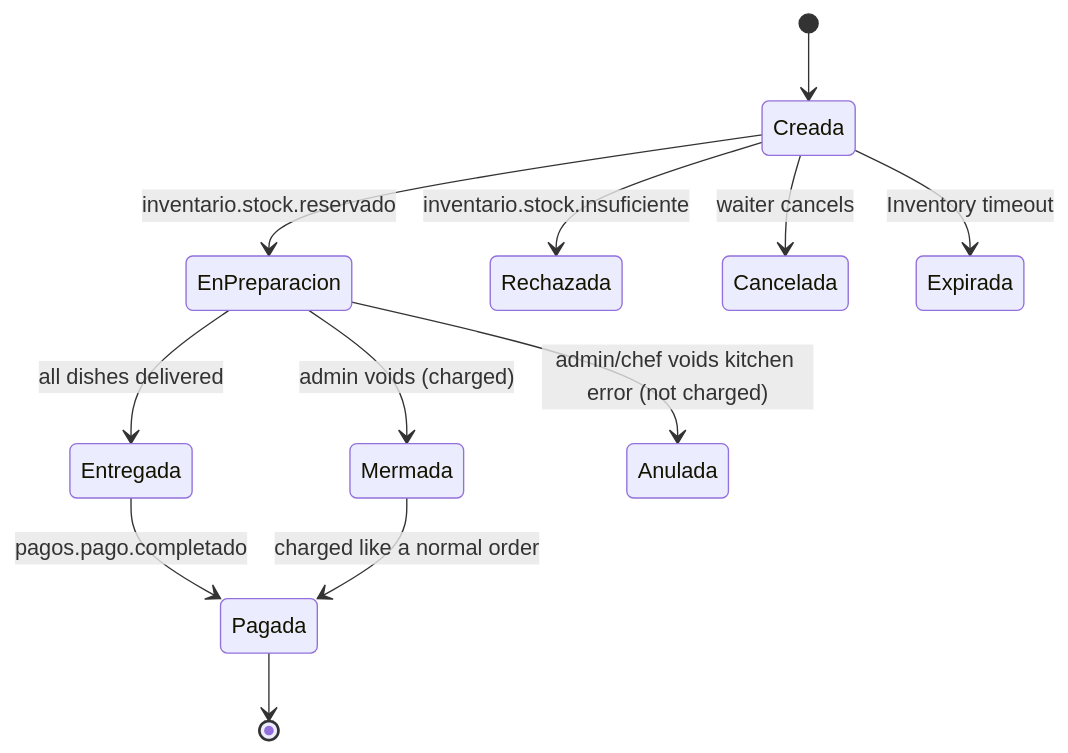
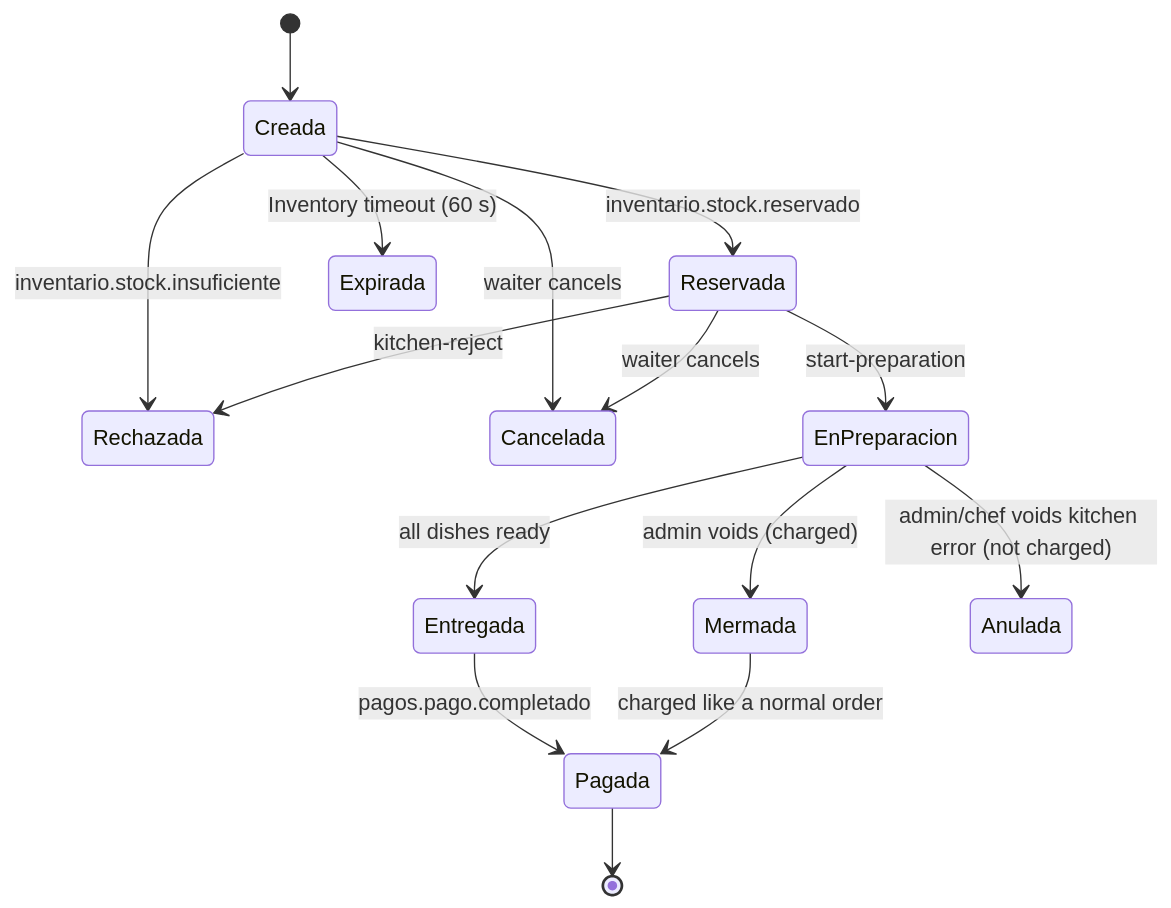
The second of 4 diagrams in README.md (FMAT-Restaurant/OrdersKDS-Backend), drawn with Mermaid before and after one commit. The commit also changed other lines of this file and 6 other files, not shown here.

````diff
--- a/README.md
+++ b/README.md
@@ -150,14 +150,17 @@
 ```mermaid
 stateDiagram-v2
     [*] --> Creada
-    Creada --> EnPreparacion: inventario.stock.reservado
+    Creada --> Reservada: inventario.stock.reservado
     Creada --> Rechazada: inventario.stock.insuficiente
     Creada --> Cancelada: waiter cancels
-    Creada --> Expirada: Inventory timeout
-    EnPreparacion --> Entregada: all dishes delivered
+    Creada --> Expirada: Inventory timeout (60 s)
+    Reservada --> EnPreparacion: start-preparation
+    Reservada --> Rechazada: kitchen-reject
+    Reservada --> Cancelada: waiter cancels
+    EnPreparacion --> Entregada: all dishes ready
     EnPreparacion --> Mermada: admin voids (charged)
     EnPreparacion --> Anulada: admin/chef voids kitchen error (not charged)
     Entregada --> Pagada: pagos.pago.completado
     Mermada --> Pagada: charged like a normal order
     Pagada --> [*]
 ```
````
